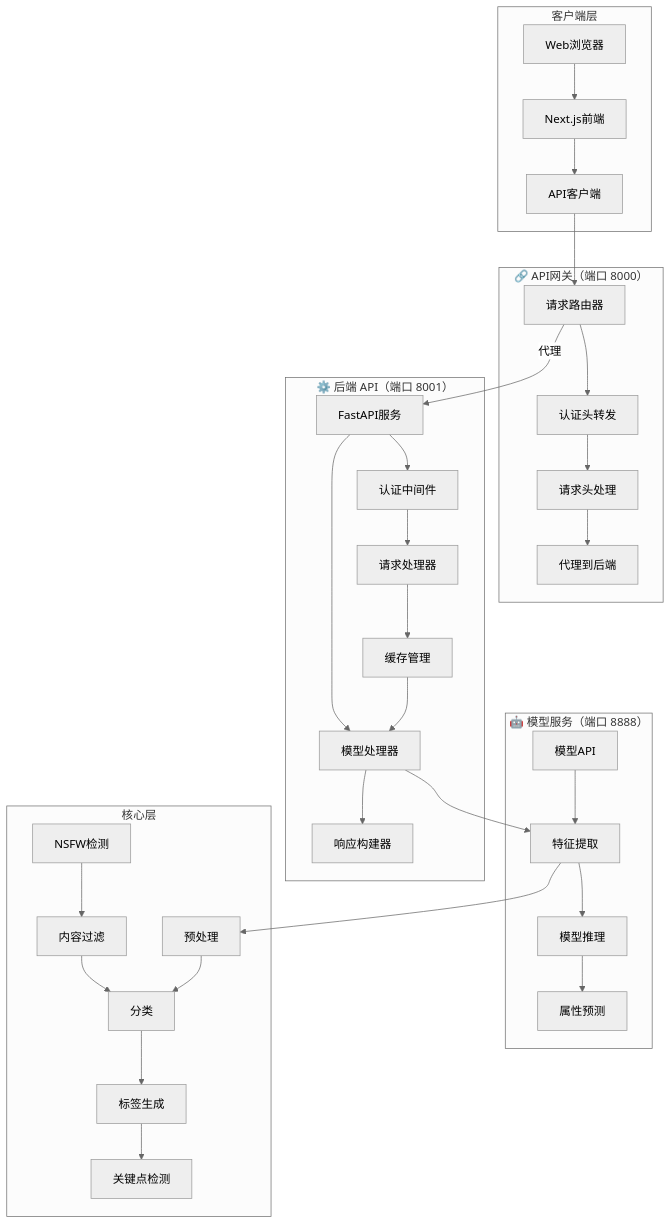
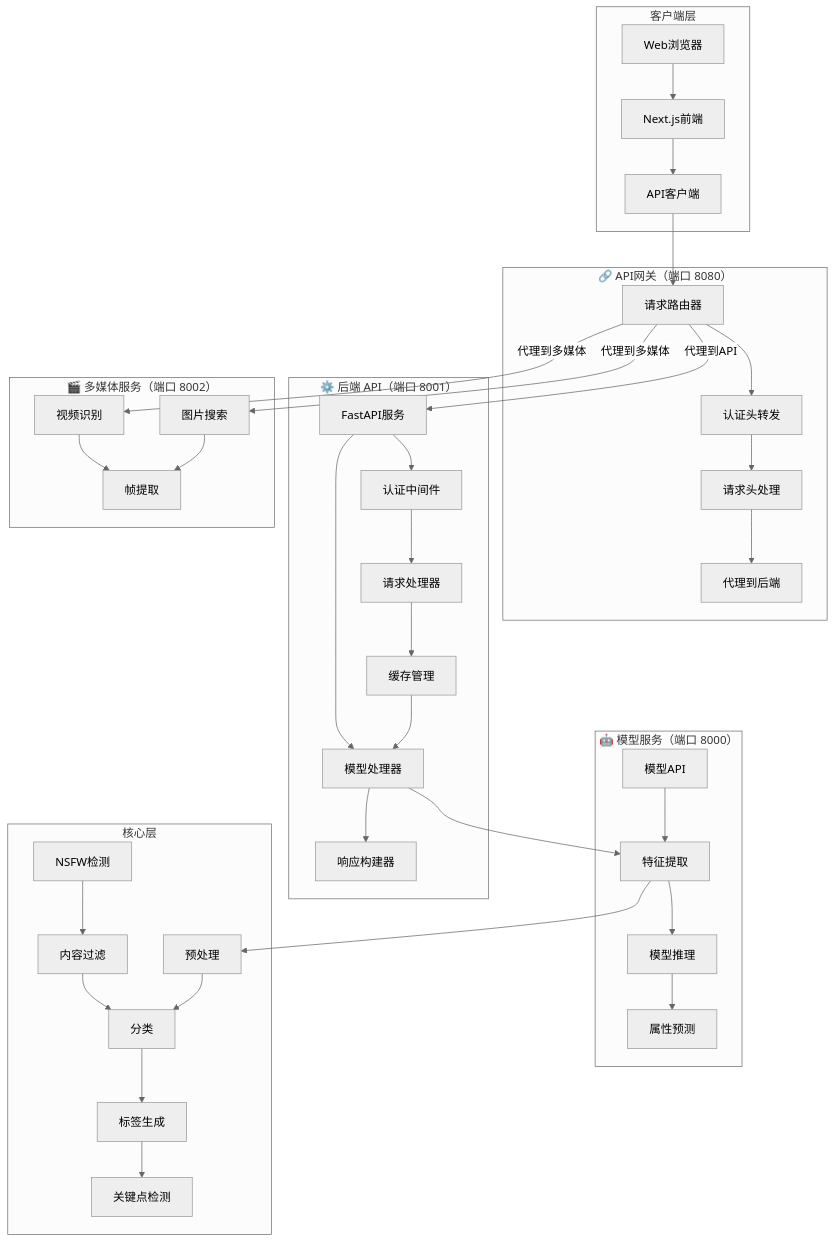
Before and after one commit to caozhaoqi/anime_role_detect: the first of 2 diagrams in README.zh.md, drawn with Mermaid (neutral theme). The commit also changed other lines of this file and 16 other files, not shown here.

````diff
--- a/README.zh.md
+++ b/README.zh.md
@@ -137,44 +127,54 @@
 ```mermaid
 flowchart TD
     subgraph 客户端层
         A[Web浏览器] --> B[Next.js前端]
         B --> C[API客户端]
     end
 
-    subgraph 网关层["🔗 API网关（端口 8000）"]
+    subgraph 网关层["🔗 API网关（端口 8080）"]
         D[请求路由器]
         D --> E[认证头转发]
         E --> F[请求头处理]
         F --> G[代理到后端]
     end
 
     subgraph 后端层["⚙️ 后端 API（端口 8001）"]
         H[FastAPI服务]
         H --> I[认证中间件]
         I --> J[请求处理器]
         J --> K[缓存管理]
         K --> L[模型处理器]
         L --> M[响应构建器]
     end
 
-    subgraph 模型层["🤖 模型服务（端口 8888）"]
-        N[模型API]
-        N --> O[特征提取]
-        O --> P[模型推理]
-        P --> Q[属性预测]
+    subgraph 多媒体层["🎬 多媒体服务（端口 8002）"]
+        N[图片搜索]
+        O[视频识别]
+        P[帧提取]
+        N --> P
+        O --> P
+    end
+
+    subgraph 模型层["🤖 模型服务（端口 8000）"]
+        Q[模型API]
+        Q --> R[特征提取]
+        R --> S[模型推理]
+        S --> T[属性预测]
     end
 
     subgraph 核心层
-        R[预处理] --> S[分类]
-        S --> T[标签生成]
-        T --> U[关键点检测]
-        V[NSFW检测] --> W[内容过滤]
+        U[预处理] --> V[分类]
+        V --> W[标签生成]
+        W --> X[关键点检测]
+        Y[NSFW检测] --> Z[内容过滤]
     end
 
     C --> D
-    D -->|代理| H
+    D -->|代理到API| H
+    D -->|代理到多媒体| N
+    D -->|代理到多媒体| O
     H --> L
-    L --> O
-    O --> R
-    W --> S
+    L --> R
+    R --> U
+    Z --> V
 ```
````
